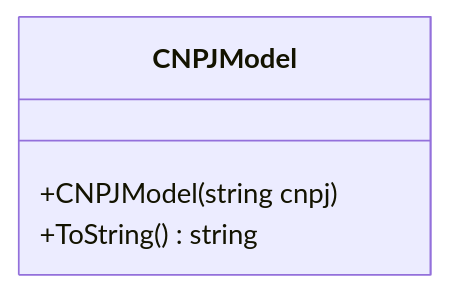
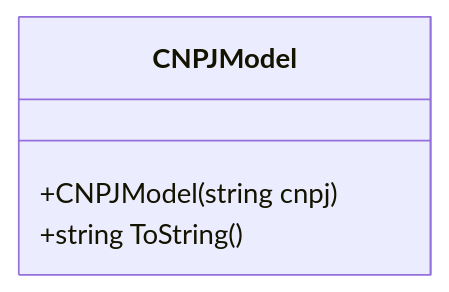
The diagram in docs/b2b-dominio/IsthmusWinthor.Nucleo/IsthmusWinthor.Dominio/Model/CNPJModel.md (IsthmusSistemas/documentacao-tecnica), drawn with Mermaid before and after one commit. The commit also changed other lines of this file and 882 other files, not shown here.

````diff
--- a/docs/b2b-dominio/IsthmusWinthor.Nucleo/IsthmusWinthor.Dominio/Model/CNPJModel.md
+++ b/docs/b2b-dominio/IsthmusWinthor.Nucleo/IsthmusWinthor.Dominio/Model/CNPJModel.md
@@ -37,7 +43,7 @@
 ```mermaid
 classDiagram
     class CNPJModel {
         +CNPJModel(string cnpj)
-        +ToString() string
+        +string ToString()
     }
-```
+``` 
````
